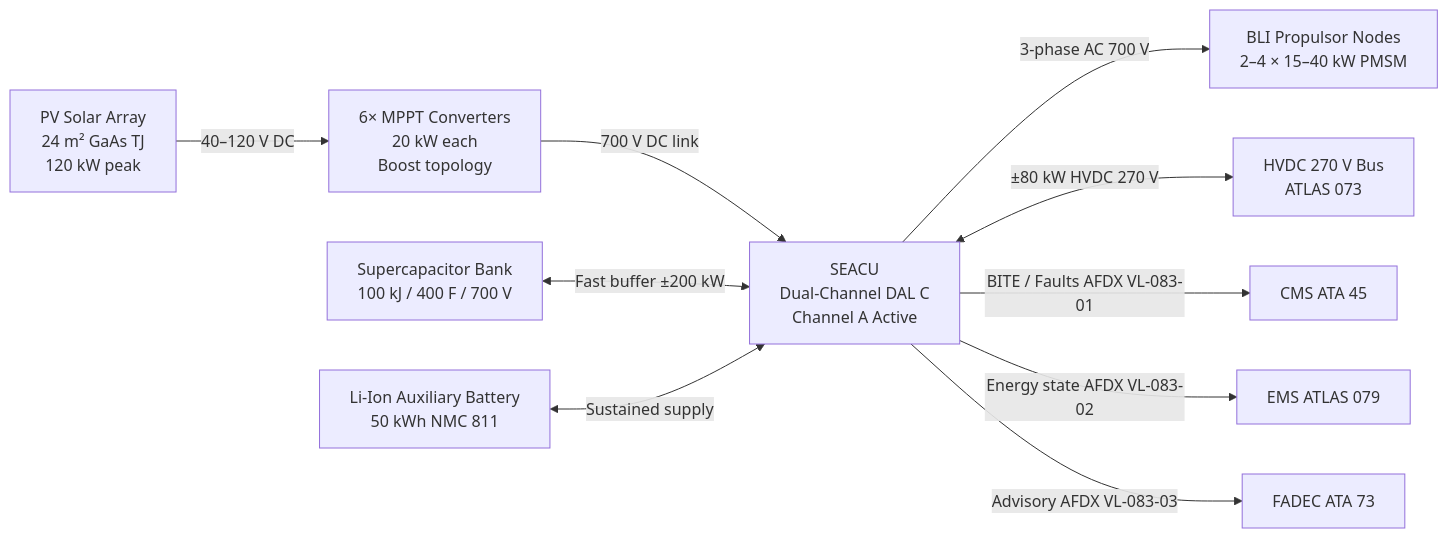
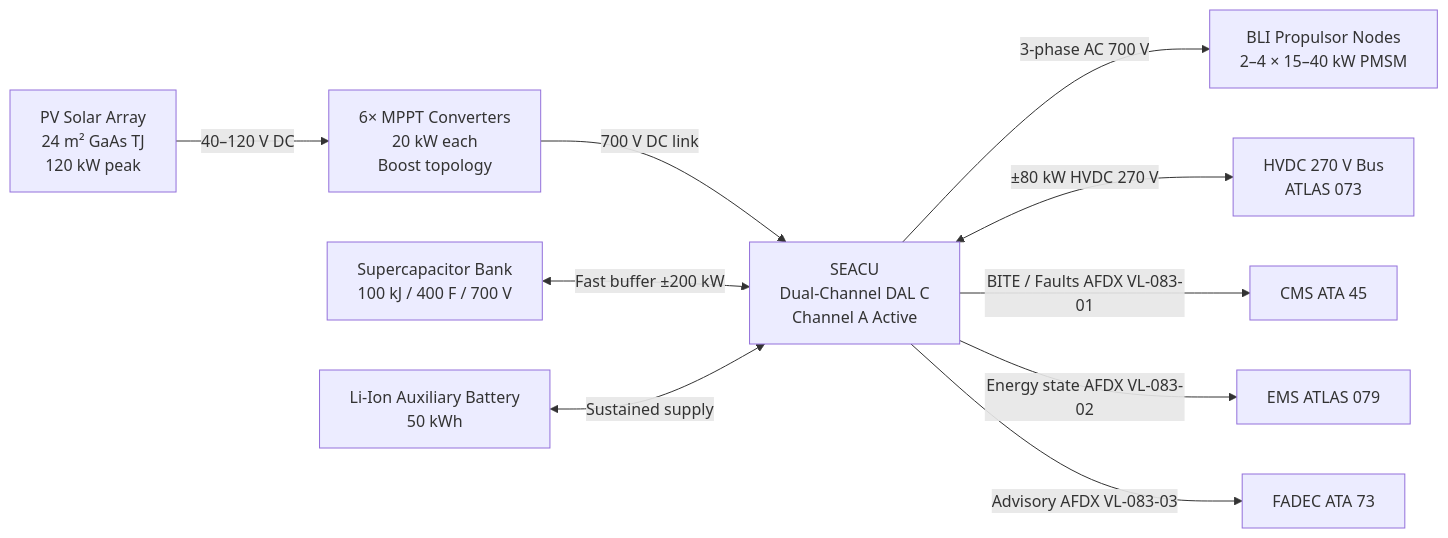
The first of 2 diagrams in Q+ATLANTIDE/000-099_ATLAS/080-089_Propulsion-Alternativa-y-Cuantica/083_Solar-Electric-Auxiliary/083-000-Solar-Electric-Auxiliary-General.md (AmedeoPelliccia/Qplus-For-All-Queer-People-and-Quantum), drawn with Mermaid before and after one commit. The commit also changed other lines of this file and 676 other files, not shown here.

````diff
--- a/Q+ATLANTIDE/000-099_ATLAS/080-089_Propulsion-Alternativa-y-Cuantica/083_Solar-Electric-Auxiliary/083-000-Solar-Electric-Auxiliary-General.md
+++ b/Q+ATLANTIDE/000-099_ATLAS/080-089_Propulsion-Alternativa-y-Cuantica/083_Solar-Electric-Auxiliary/083-000-Solar-Electric-Auxiliary-General.md
@@ -103,12 +100,12 @@
 ```mermaid
 flowchart LR
     PV[PV Solar Array\n24 m² GaAs TJ\n120 kW peak] -->|40–120 V DC| MPPT[6× MPPT Converters\n20 kW each\nBoost topology]
     MPPT -->|700 V DC link| SEACU
     SCAP[Supercapacitor Bank\n100 kJ / 400 F / 700 V] <-->|Fast buffer ±200 kW| SEACU[SEACU\nDual-Channel DAL C\nChannel A Active]
-    BAT[Li-Ion Auxiliary Battery\n50 kWh NMC 811] <-->|Sustained supply| SEACU
+    BAT[Li-Ion Auxiliary Battery\n50 kWh <BATTERY-CHEMISTRY>] <-->|Sustained supply| SEACU
     SEACU -->|3-phase AC 700 V| PROP[BLI Propulsor Nodes\n2–4 × 15–40 kW PMSM]
     SEACU <-->|±80 kW HVDC 270 V| HVDC[HVDC 270 V Bus\nATLAS 073]
     SEACU -->|BITE / Faults AFDX VL-083-01| CMS[CMS ATA 45]
     SEACU -->|Energy state AFDX VL-083-02| EMS[EMS ATLAS 079]
     SEACU -->|Advisory AFDX VL-083-03| FADEC[FADEC ATA 73]
 ```
````
